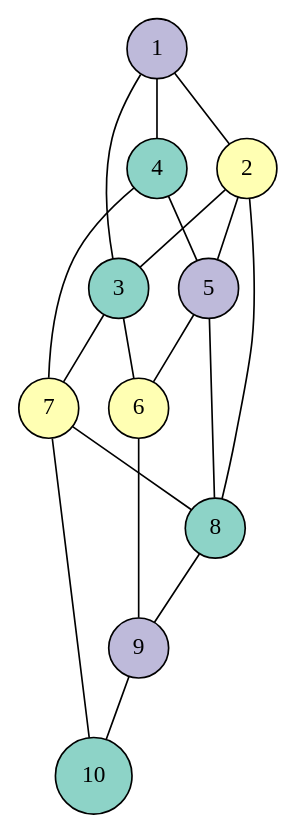
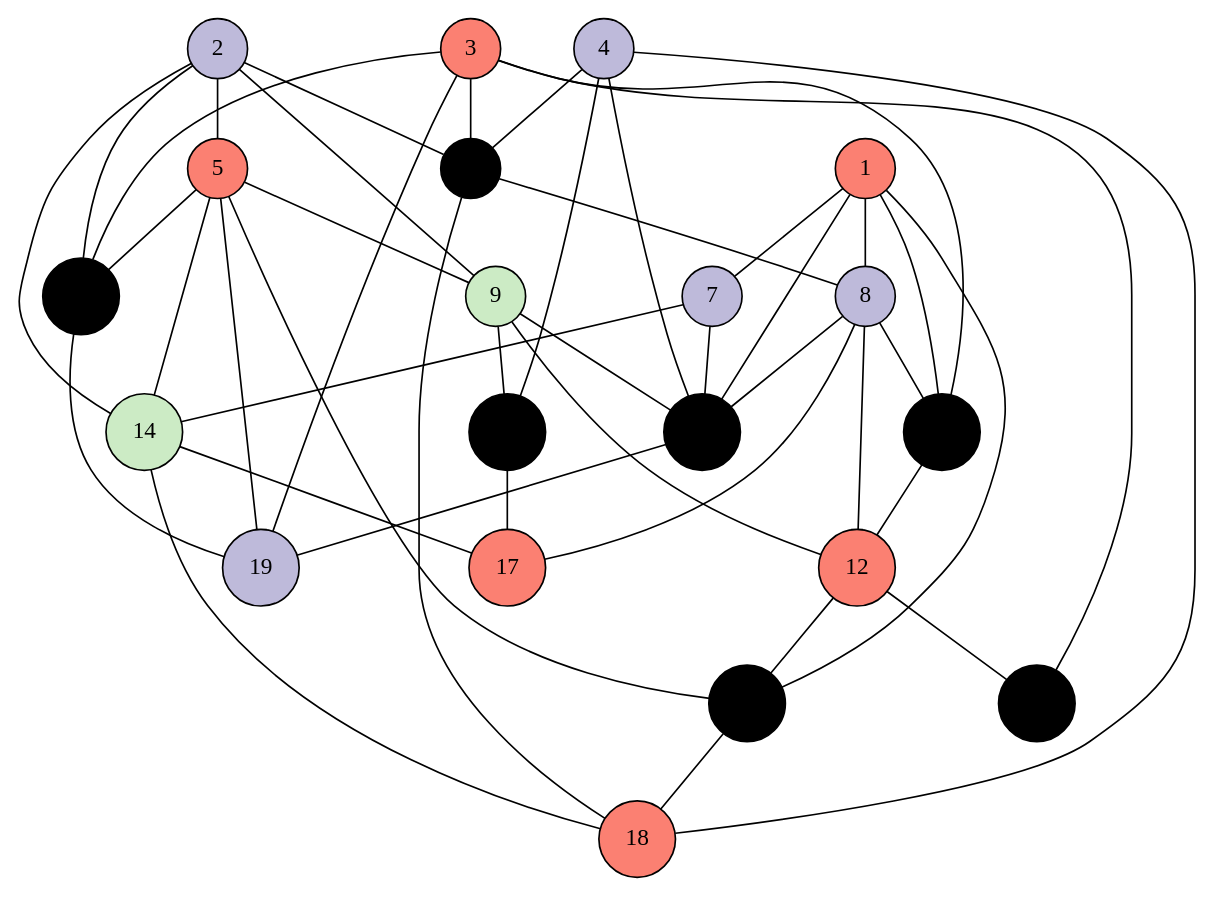
One commit to migueltoro/Proyecto_ampl changed the diagram in ampl/scripts/color.gv. Above: the diagram before and after it, drawn with Graphviz. The commit also changed 2 other files, not shown here.

```diff
--- a/ampl/scripts/color.gv
+++ b/ampl/scripts/color.gv
@@ -1,31 +1,68 @@
 graph Coloring {
   graph [overlap=false];
   node [shape=circle, style=filled, colorscheme="set312"];
-  1 [label="1", fillcolor="3"];
-  2 [label="2", fillcolor="2"];
-  3 [label="3", fillcolor="1"];
-  4 [label="4", fillcolor="1"];
-  5 [label="5", fillcolor="3"];
-  6 [label="6", fillcolor="2"];
-  7 [label="7", fillcolor="2"];
-  8 [label="8", fillcolor="1"];
-  9 [label="9", fillcolor="3"];
-  10 [label="10", fillcolor="1"];
-  1 -- 2;
-  1 -- 3;
-  1 -- 4;
-  2 -- 3;
+  1 [label="1", fillcolor="4"];
+  2 [label="2", fillcolor="3"];
+  3 [label="3", fillcolor="4"];
+  4 [label="4", fillcolor="3"];
+  5 [label="5", fillcolor="4"];
+  6 [label="6", fillcolor="16"];
+  7 [label="7", fillcolor="3"];
+  8 [label="8", fillcolor="3"];
+  9 [label="9", fillcolor="11"];
+  10 [label="10", fillcolor="16"];
+  11 [label="11", fillcolor="16"];
+  12 [label="12", fillcolor="4"];
+  13 [label="13", fillcolor="16"];
+  14 [label="14", fillcolor="11"];
+  15 [label="15", fillcolor="16"];
+  16 [label="16", fillcolor="16"];
+  17 [label="17", fillcolor="4"];
+  18 [label="18", fillcolor="4"];
+  19 [label="19", fillcolor="3"];
+  20 [label="20", fillcolor="16"];
+  1 -- 7;
+  1 -- 8;
+  1 -- 10;
+  1 -- 13;
+  1 -- 16;
   2 -- 5;
+  2 -- 6;
+  2 -- 9;
+  2 -- 14;
+  2 -- 15;
   3 -- 6;
-  4 -- 5;
-  4 -- 7;
-  5 -- 6;
-  5 -- 8;
-  6 -- 9;
-  7 -- 8;
-  7 -- 10;
-  8 -- 9;
-  9 -- 10;
-  3 -- 7;
-  2 -- 8;
+  3 -- 10;
+  3 -- 15;
+  3 -- 19;
+  3 -- 20;
+  4 -- 6;
+  4 -- 11;
+  4 -- 13;
+  4 -- 18;
+  5 -- 9;
+  5 -- 14;
+  5 -- 15;
+  5 -- 16;
+  5 -- 19;
+  6 -- 8;
+  6 -- 18;
+  7 -- 13;
+  7 -- 14;
+  8 -- 10;
+  8 -- 12;
+  8 -- 13;
+  8 -- 17;
+  9 -- 11;
+  9 -- 12;
+  9 -- 13;
+  10 -- 12;
+  11 -- 17;
+  12 -- 16;
+  12 -- 20;
+  13 -- 19;
+  14 -- 17;
+  14 -- 18;
+  15 -- 19;
+  16 -- 18;
 }
```
